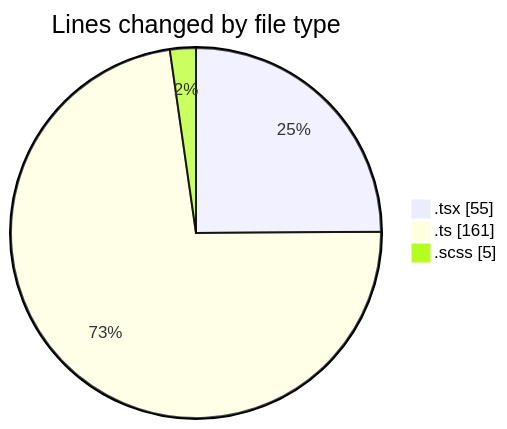
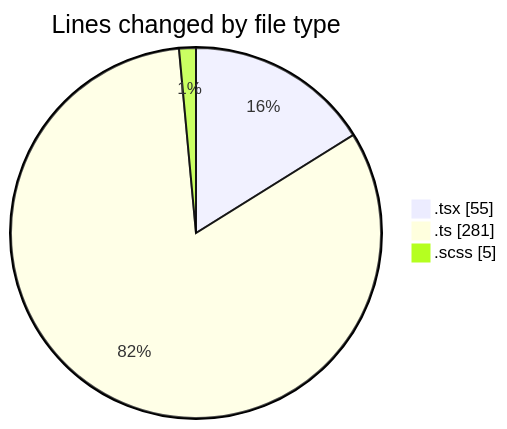
The first of 2 diagrams in 2025-10-07/cda/README.md (momahboobian/code-tracking), drawn with Mermaid before and after one commit. The commit also changed other lines of this file and 1 other file, not shown here.

````diff
--- a/2025-10-07/cda/README.md
+++ b/2025-10-07/cda/README.md
@@ -25,7 +25,7 @@
 ```mermaid
 pie showData
 title Lines changed by file type
 ".tsx" : 55
-".ts" : 161
+".ts" : 281
 ".scss" : 5
 ```
````
